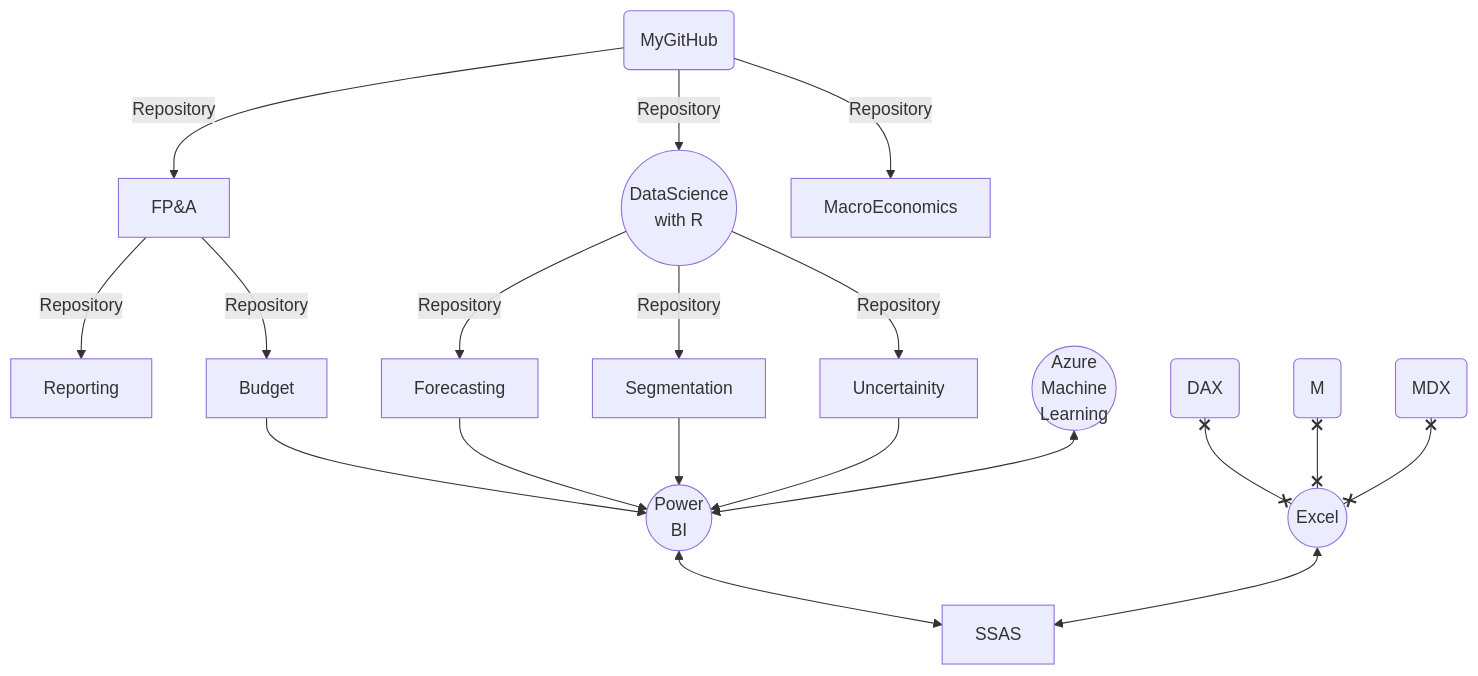
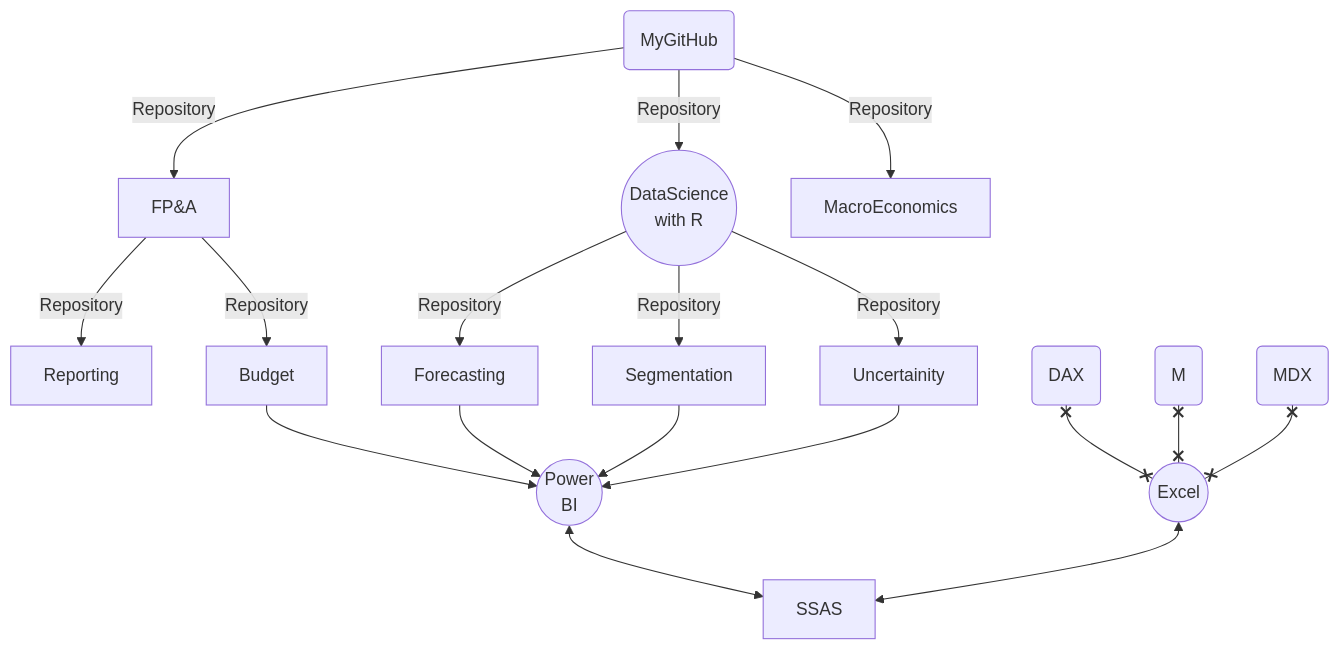
One commit to md3629/md3629 changed the diagram in README.md. Above: the diagram before and after it, drawn with Mermaid.

````diff
--- a/README.md
+++ b/README.md
@@ -4,24 +4,24 @@
 ```mermaid
 graph TD;
     my(MyGitHub)-->|Repository|FP&A;
     FP&A-->|Repository|Reporting;
     FP&A-->|Repository|Budget;
     
     my(MyGitHub)-->|Repository|a((DataScience<br> with R));
     
     my(MyGitHub)-->|Repository|MacroEconomics;
     a((DataScience<br> with R))--Repository-->Forecasting;
     a((DataScience<br> with R))--Repository-->Segmentation;
     a((DataScience<br> with R))--Repository-->Uncertainity;
     Uncertainity-->P((Power<br>BI));
     Forecasting-->P((Power<br>BI));
     Segmentation-->P((Power<br>BI));
     Budget-->P((Power<br>BI));
-    AML((Azure<br>Machine<br>Learning))<-->P((Power<br>BI));
+    
     D(DAX)x--xE((Excel));
     M(M)x--xE((Excel));
     
     A(MDX)x--xE((Excel));
     E((Excel))<-->SSAS;
     P((Power<br>BI))<-->SSAS;
 ```
````
